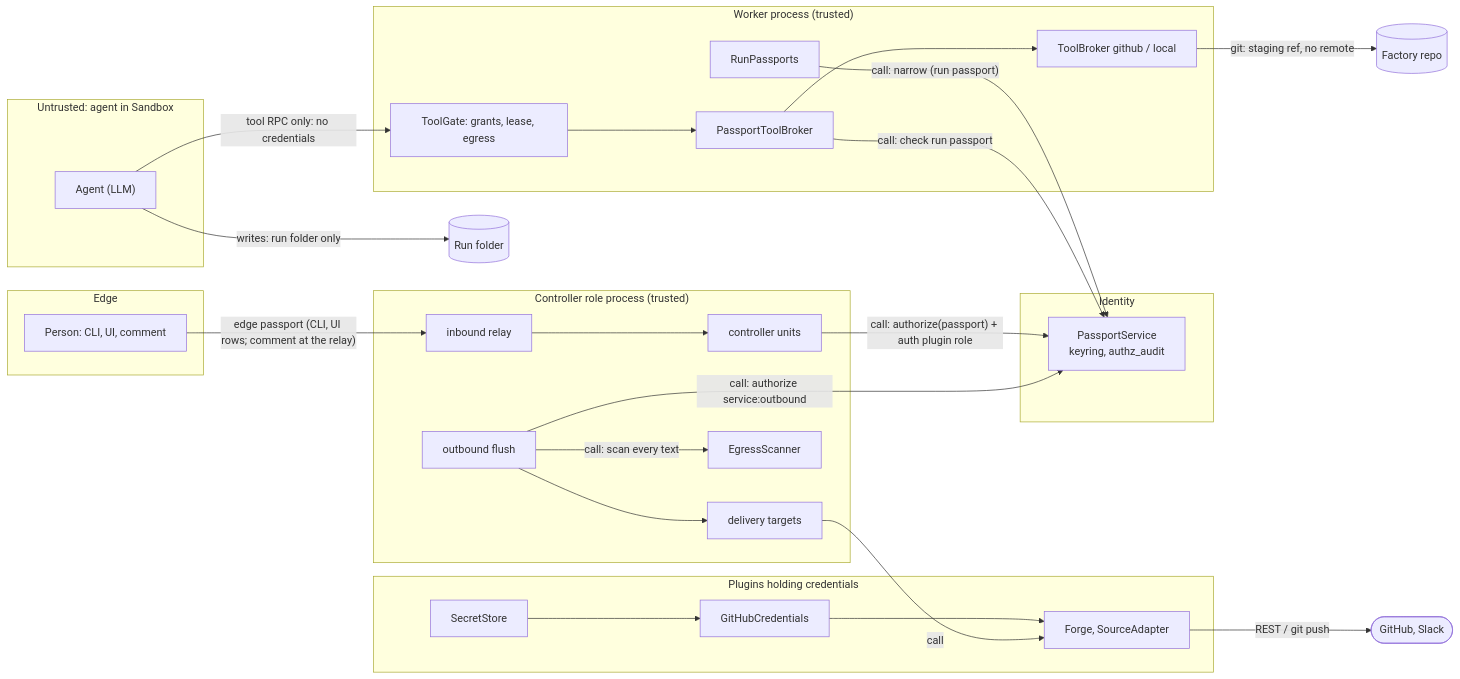
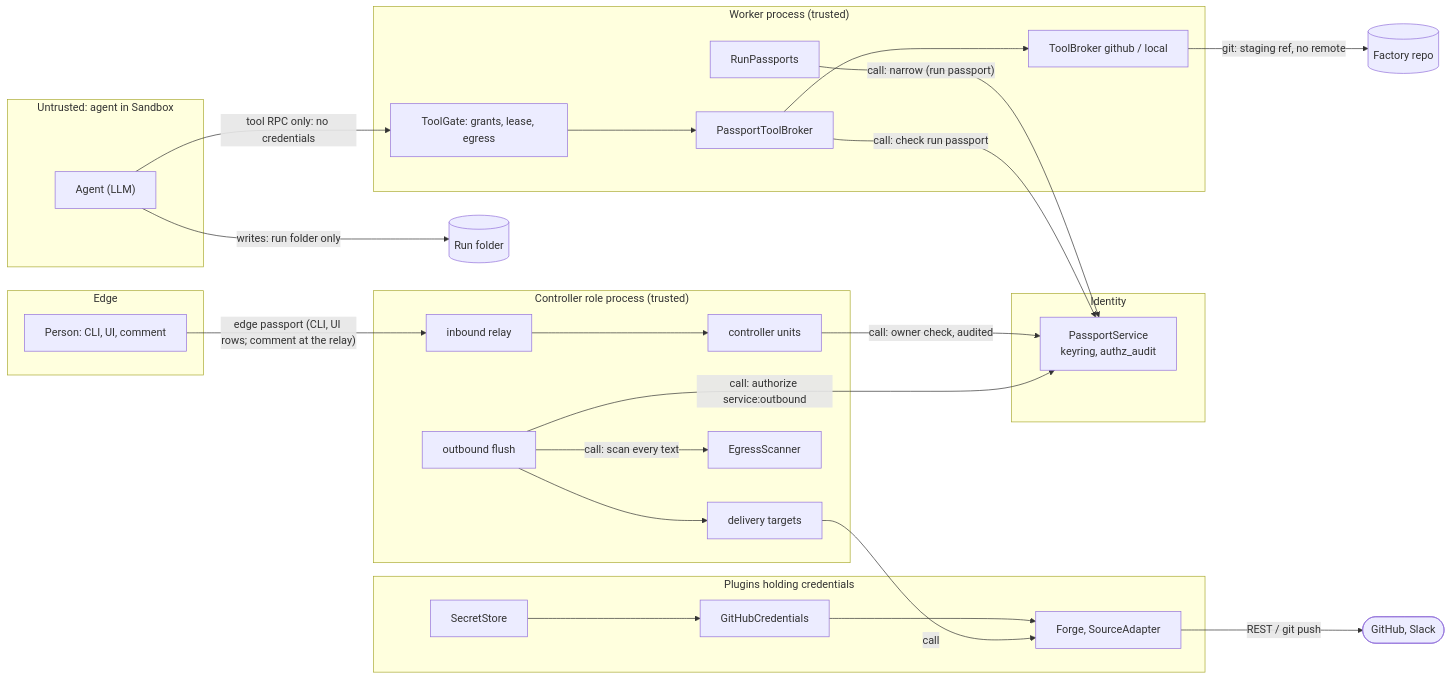
Before and after one commit to seonWKim/software-factory: the sixth of 6 diagrams in ARCHITECTURE.md, drawn with Mermaid. The commit also changed other lines of this file and 9 other files, not shown here.

First line of the commit message:
Docs: the owner check is the only AuthProvider; grant-source.md deleted

````diff
--- a/ARCHITECTURE.md
+++ b/ARCHITECTURE.md
@@ -414,46 +410,46 @@
 ```mermaid
 graph LR
   subgraph EDGE["Edge"]
     PPL["Person: CLI, UI, comment"]
   end
   subgraph CTRLP["Controller role process (trusted)"]
     INBP["inbound relay"]
     UNIT["controller units"]
     OUTP["outbound flush"]
     TGT["delivery targets"]
     EGR1["EgressScanner"]
   end
   subgraph WRKP["Worker process (trusted)"]
     RPI["RunPassports"]
     PBRK["PassportToolBroker"]
     BRK["ToolBroker github / local"]
     GATE["ToolGate: grants, lease, egress"]
   end
   subgraph IDS["Identity"]
     PS["PassportService<br/>keyring, authz_audit"]
   end
   subgraph PLUG["Plugins holding credentials"]
     SEC["SecretStore"] --> GHC["GitHubCredentials"]
     FRG["Forge, SourceAdapter"]
     GHC --> FRG
   end
   subgraph UNTRUSTED["Untrusted: agent in Sandbox"]
     AG["Agent (LLM)"]
   end
 
   PPL -- "edge passport (CLI, UI rows; comment at the relay)" --> INBP
   INBP --> UNIT
-  UNIT -- "call: authorize(passport) + auth plugin role" --> PS
+  UNIT -- "call: owner check, audited" --> PS
   RPI -- "call: narrow (run passport)" --> PS
   AG -- "tool RPC only: no credentials" --> GATE
   GATE --> PBRK
   PBRK -- "call: check run passport" --> PS
   PBRK --> BRK
   BRK -- "git: staging ref, no remote" --> WT[("Factory repo")]
   AG -- "writes: run folder only" --> RF[("Run folder")]
   OUTP -- "call: scan every text" --> EGR1
   OUTP -- "call: authorize service:outbound" --> PS
   OUTP --> TGT
   TGT -- "call" --> FRG
   FRG -- "REST / git push" --> EXT(["GitHub, Slack"])
 ```
````
